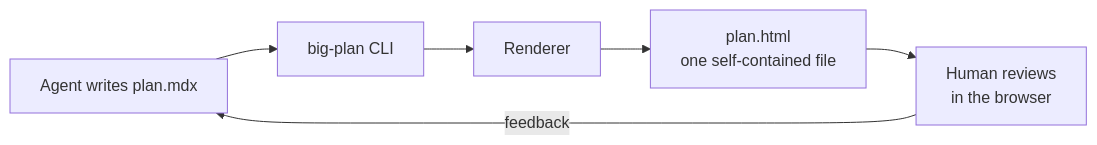
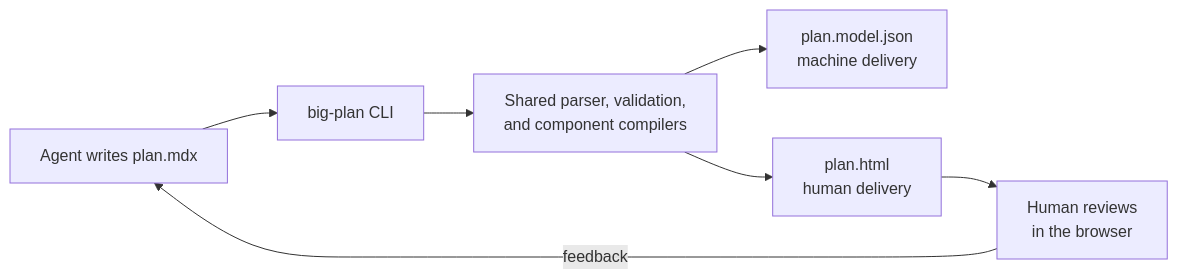
The first of 2 diagrams in docs/src/content/docs/architecture.md (josh-padnick/big-plan), drawn with Mermaid before and after one commit. The commit also changed other lines of this file and 16 other files, not shown here.

Commit message:
docs: make agent guidance a durable architecture map

````diff
--- a/docs/src/content/docs/architecture.md
+++ b/docs/src/content/docs/architecture.md
@@ -9,8 +9,9 @@
 ```mermaid
 flowchart LR
   A["Agent writes plan.mdx"] --> B["big-plan CLI"]
-  B --> C["Renderer"]
-  C --> D["plan.html<br/>one self-contained file"]
-  D --> E["Human reviews<br/>in the browser"]
-  E -- "feedback" --> A
+  B --> C["Shared parser, validation,<br/>and component compilers"]
+  C --> D["plan.model.json<br/>machine delivery"]
+  C --> E["plan.html<br/>human delivery"]
+  E --> F["Human reviews<br/>in the browser"]
+  F -- "feedback" --> A
 ```
````
